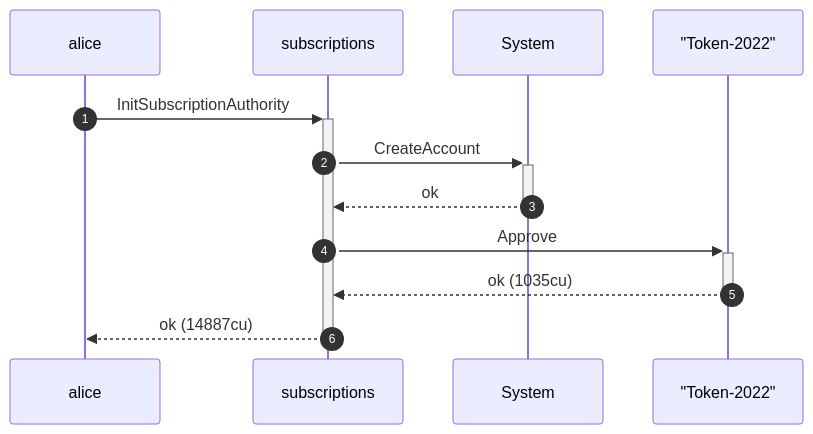
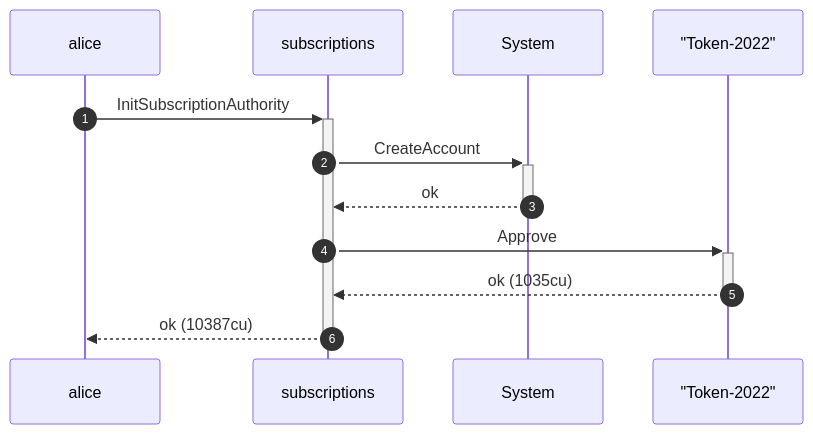
Before and after one commit to cds-rs/subscriptions: the second of 4 diagrams in dsl_tests/initialize-over-a-token-2022-mint---permanentdelegate--.md, drawn with Mermaid. The commit also changed other lines of this file and 224 other files, not shown here.

````diff
--- a/dsl_tests/initialize-over-a-token-2022-mint---permanentdelegate--.md
+++ b/dsl_tests/initialize-over-a-token-2022-mint---permanentdelegate--.md
@@ -38,14 +39,14 @@
 ```mermaid
 sequenceDiagram
     autonumber
     participant alice
     participant subscriptions
     participant System
     participant Token_2022 as "Token-2022"
     alice ->>+ subscriptions: InitSubscriptionAuthority
     subscriptions ->>+ System: CreateAccount
     System -->>- subscriptions: ok
     subscriptions ->>+ Token_2022: Approve
     Token_2022 -->>- subscriptions: ok (1035cu)
-    subscriptions -->>- alice: ok (14887cu)
+    subscriptions -->>- alice: ok (10387cu)
 ```
````
